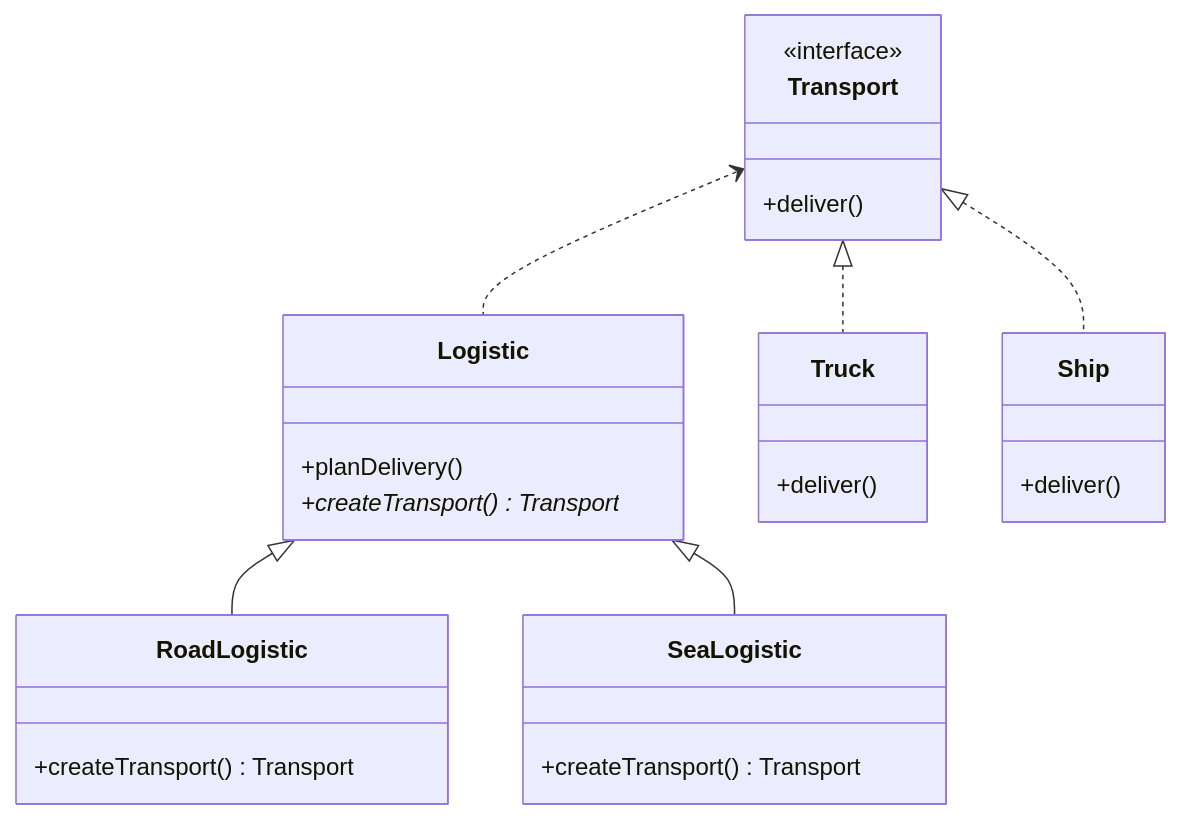
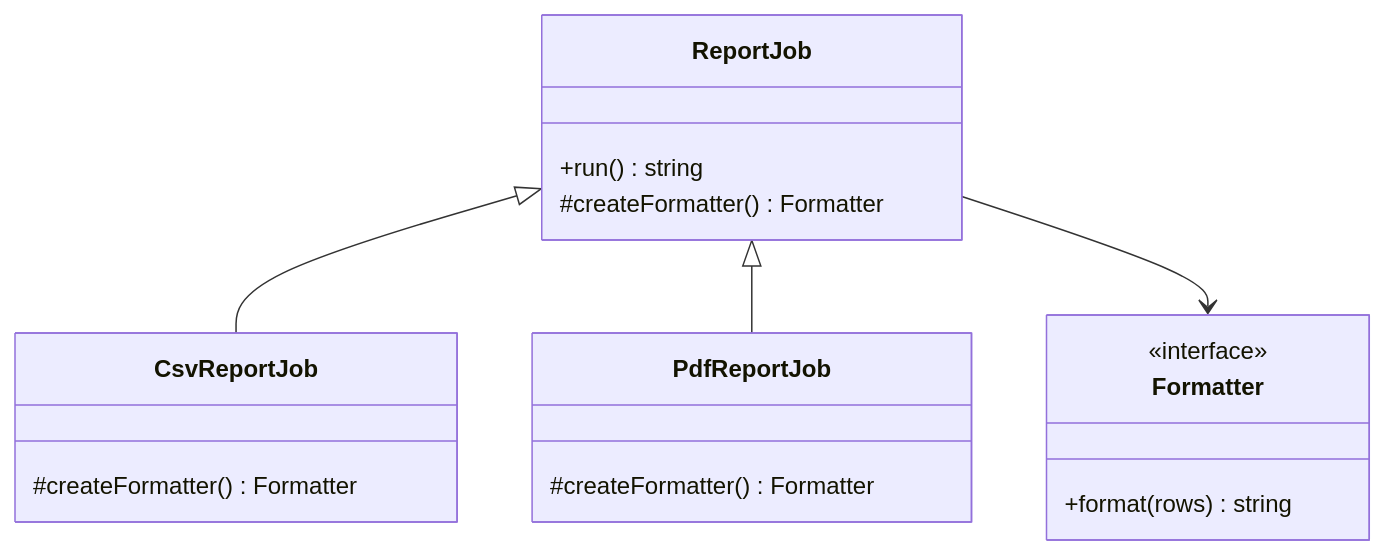
One commit to itstheanurag/codecript changed the diagram in content/lld/008-factory-pattern.md. Above: the diagram before and after it, drawn with Mermaid. The commit also changed other lines of this file and 11 other files, not shown here.

````diff
--- a/content/lld/008-factory-pattern.md
+++ b/content/lld/008-factory-pattern.md
@@ -18,28 +105,20 @@
 ```mermaid
 classDiagram
-    class Logistic {
-        +planDelivery()
-        +createTransport() Transport*
+    class ReportJob {
+        +run() string
+        #createFormatter() Formatter
     }
-    class RoadLogistic {
-        +createTransport() Transport
+    class CsvReportJob {
+        #createFormatter() Formatter
     }
-    class SeaLogistic {
-        +createTransport() Transport
+    class PdfReportJob {
+        #createFormatter() Formatter
     }
-    class Transport {
+    class Formatter {
         <<interface>>
-        +deliver()
+        +format(rows) string
     }
-    class Truck {
-        +deliver()
-    }
-    class Ship {
-        +deliver()
-    }
-    Logistic <|-- RoadLogistic
-    Logistic <|-- SeaLogistic
-    Transport <.. Logistic
-    Transport <|.. Truck
-    Transport <|.. Ship
+    ReportJob <|-- CsvReportJob
+    ReportJob <|-- PdfReportJob
+    ReportJob --> Formatter
 ```
````
